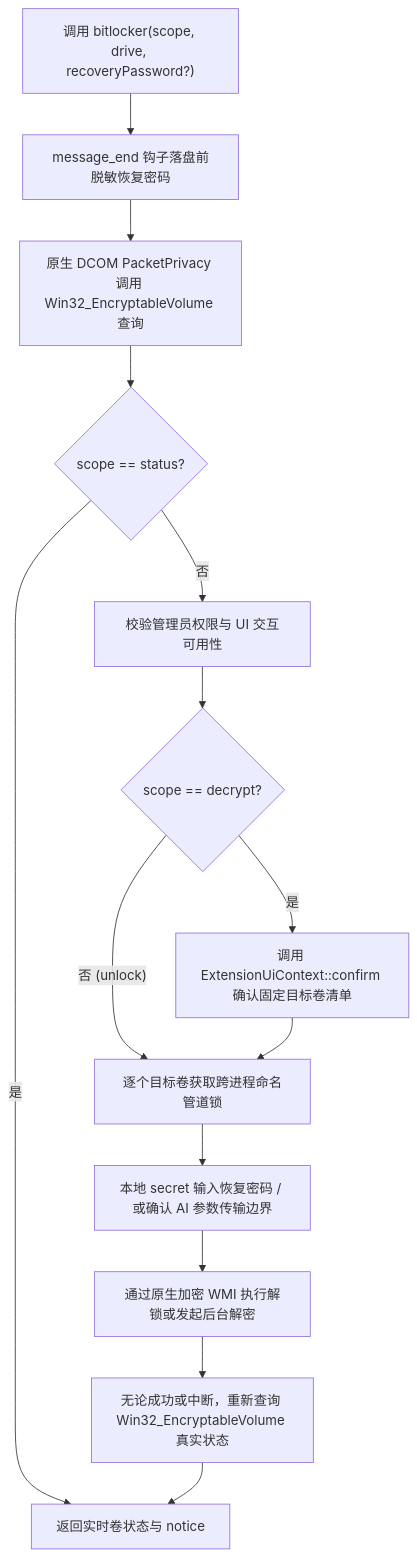
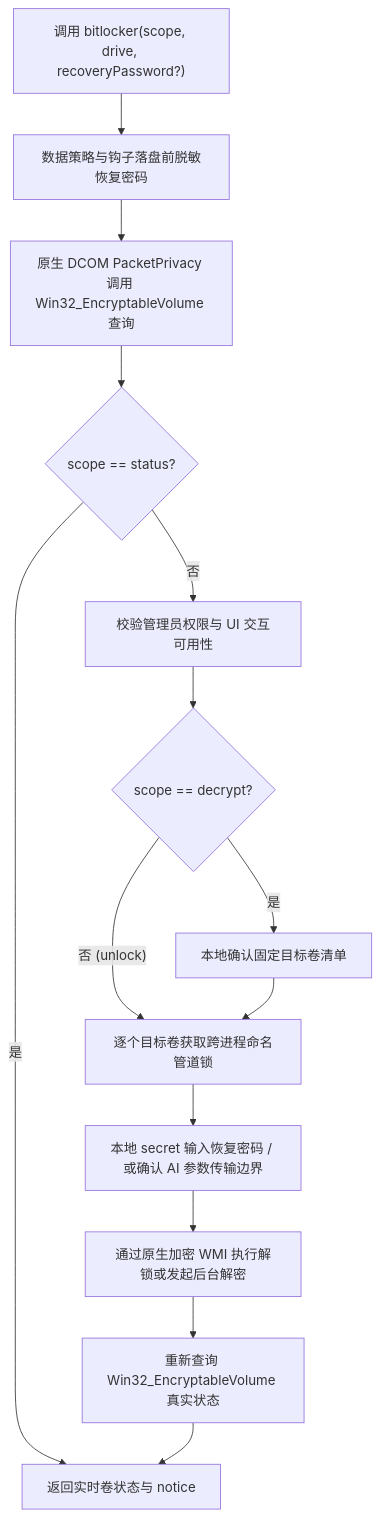
Before and after one commit to SCAU-Computer-Serving-Team/cst-pilot: the third of 4 diagrams in doc/rust/plan/6.cst-pilot.md, drawn with Mermaid. The commit also changed other lines of this file and 46 other files, not shown here.

````diff
--- a/doc/rust/plan/6.cst-pilot.md
+++ b/doc/rust/plan/6.cst-pilot.md
@@ -310,16 +320,16 @@
 ```mermaid
 flowchart TD
-    Call["调用 bitlocker(scope, drive, recoveryPassword?)"] --> Redact["message_end 钩子落盘前脱敏恢复密码"]
+    Call["调用 bitlocker(scope, drive, recoveryPassword?)"] --> Redact["数据策略与钩子落盘前脱敏恢复密码"]
     Redact --> Status["原生 DCOM PacketPrivacy 调用 Win32_EncryptableVolume 查询"]
     Status --> IsStatus{"scope == status?"}
     IsStatus -- "是" --> Return["返回实时卷状态与 notice"]
     IsStatus -- "否" --> CheckAdmin["校验管理员权限与 UI 交互可用性"]
     CheckAdmin --> DecryptConfirm{"scope == decrypt?"}
-    DecryptConfirm -- "是" --> UI1["调用 ExtensionUiContext::confirm 确认固定目标卷清单"]
+    DecryptConfirm -- "是" --> UI1["本地确认固定目标卷清单"]
     DecryptConfirm -- "否 (unlock)" --> Loop["逐个目标卷获取跨进程命名管道锁"]
     UI1 --> Loop
     Loop --> AuthInput["本地 secret 输入恢复密码 / 或确认 AI 参数传输边界"]
     AuthInput --> Exec["通过原生加密 WMI 执行解锁或发起后台解密"]
-    Exec --> Verify["无论成功或中断，重新查询 Win32_EncryptableVolume 真实状态"]
+    Exec --> Verify["重新查询 Win32_EncryptableVolume 真实状态"]
     Verify --> Return
 ```
````
